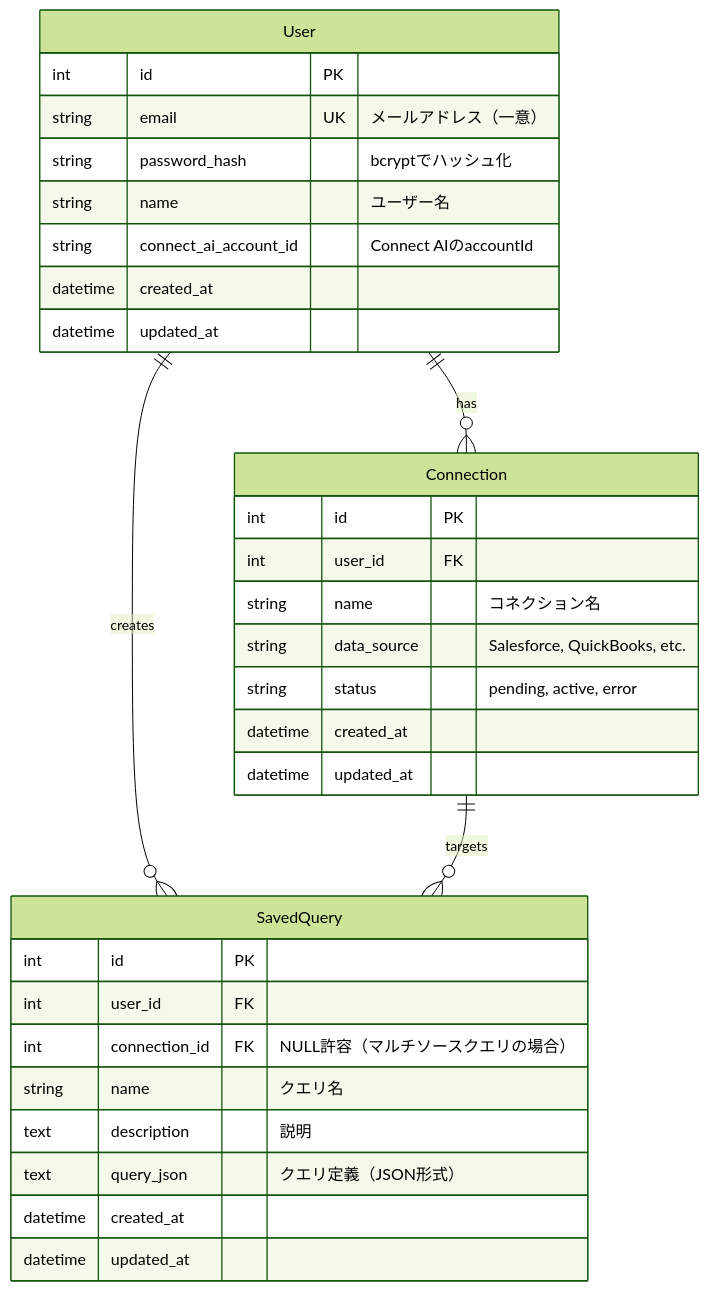
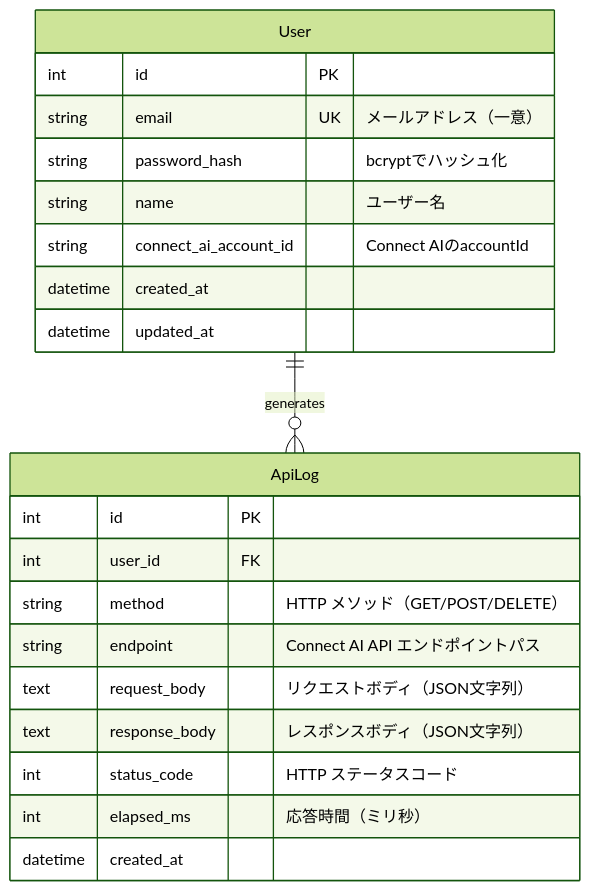
One commit to sugimomoto/ConnectAIOEMSample changed the seventh of 8 diagrams in docs/functional-design.md. Above: the diagram before and after it, drawn with Mermaid (forest theme). The commit also changed other lines of this file and 3 other files, not shown here.

````diff
--- a/docs/functional-design.md
+++ b/docs/functional-design.md
@@ -380,37 +255,26 @@
 ```mermaid
 erDiagram
-    User ||--o{ Connection : "has"
-    User ||--o{ SavedQuery : "creates"
-    Connection ||--o{ SavedQuery : "targets"
+    User ||--o{ ApiLog : "generates"
 
     User {
         int id PK
         string email UK "メールアドレス（一意）"
         string password_hash "bcryptでハッシュ化"
         string name "ユーザー名"
         string connect_ai_account_id "Connect AIのaccountId"
         datetime created_at
         datetime updated_at
     }
 
-    Connection {
+    ApiLog {
         int id PK
         int user_id FK
-        string name "コネクション名"
-        string data_source "Salesforce, QuickBooks, etc."
-        string status "pending, active, error"
+        string method "HTTP メソッド（GET/POST/DELETE）"
+        string endpoint "Connect AI API エンドポイントパス"
+        text request_body "リクエストボディ（JSON文字列）"
+        text response_body "レスポンスボディ（JSON文字列）"
+        int status_code "HTTP ステータスコード"
+        int elapsed_ms "応答時間（ミリ秒）"
         datetime created_at
-        datetime updated_at
-    }
-
-    SavedQuery {
-        int id PK
-        int user_id FK
-        int connection_id FK "NULL許容（マルチソースクエリの場合）"
-        string name "クエリ名"
-        text description "説明"
-        text query_json "クエリ定義（JSON形式）"
-        datetime created_at
-        datetime updated_at
     }
 ```
````
